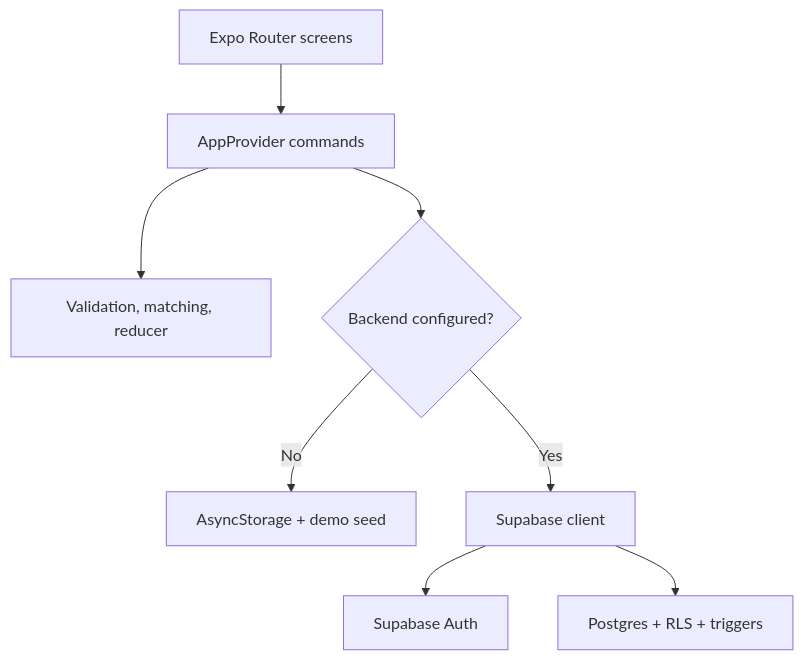
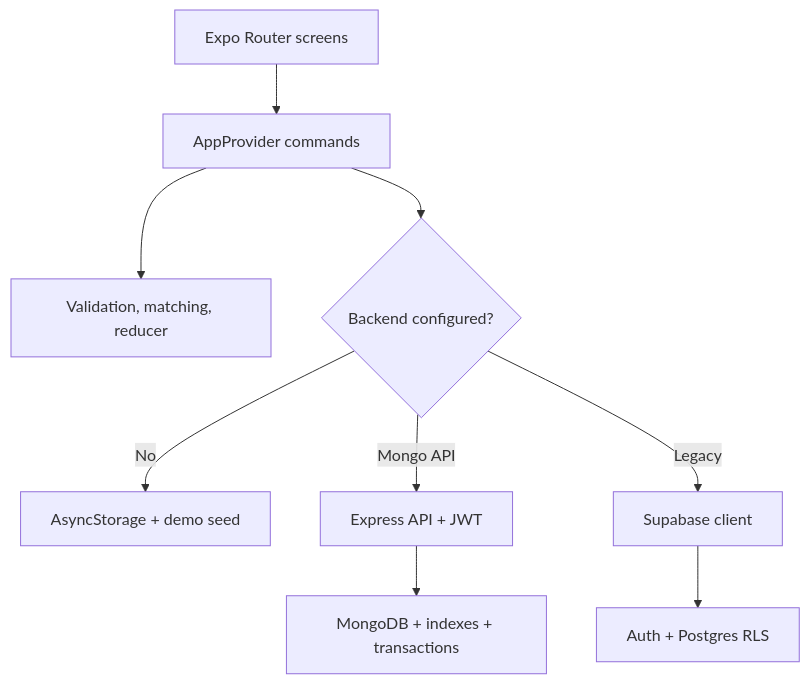
One commit to charifmahmoudi/Invite-someone-app changed the diagram in docs/ARCHITECTURE.md. Above: the diagram before and after it, drawn with Mermaid. The commit also changed other lines of this file and 40 other files, not shown here.

````diff
--- a/docs/ARCHITECTURE.md
+++ b/docs/ARCHITECTURE.md
@@ -7,10 +7,11 @@
 ```mermaid
 flowchart TD
   Screens[Expo Router screens] --> Context[AppProvider commands]
   Context --> Domain[Validation, matching, reducer]
   Context --> Mode{Backend configured?}
   Mode -->|No| Local[AsyncStorage + demo seed]
-  Mode -->|Yes| Client[Supabase client]
-  Client --> Auth[Supabase Auth]
-  Client --> DB[Postgres + RLS + triggers]
+  Mode -->|Mongo API| API[Express API + JWT]
+  API --> DB[MongoDB + indexes + transactions]
+  Mode -->|Legacy| Client[Supabase client]
+  Client --> Legacy[Auth + Postgres RLS]
 ```
````
